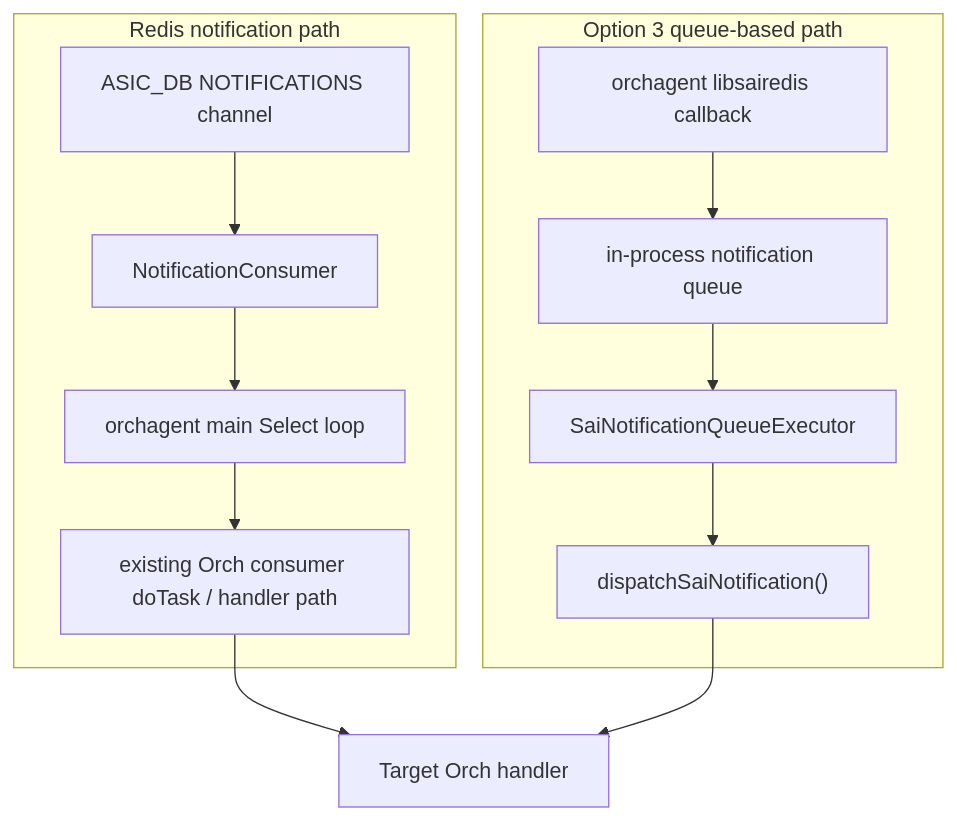
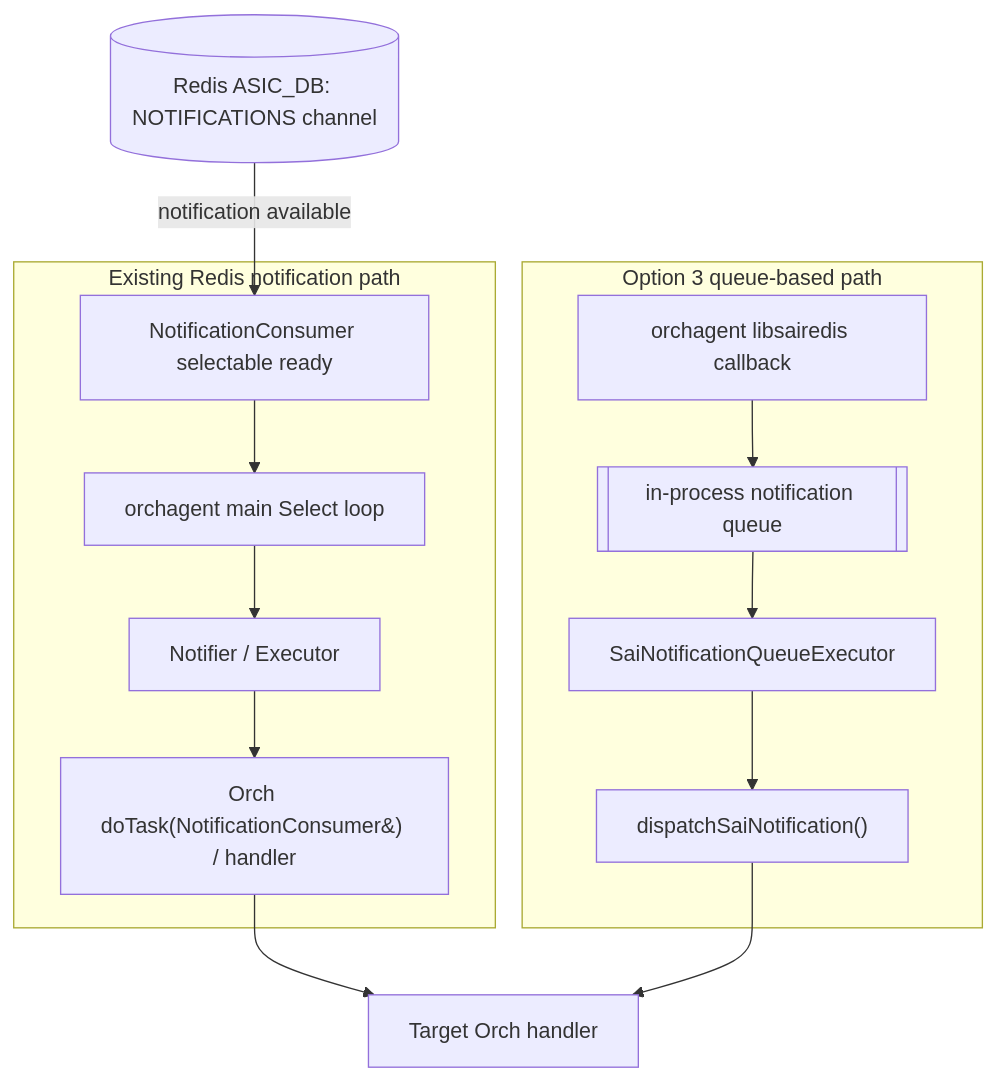
The eighth of 11 diagrams in hld/zmq-southbound-sai-notification-handling.md (sonic-net/sonic-buildimage), drawn with Mermaid before and after one commit. The commit also changed other lines of this file, not shown here.

First line of the commit message:
Update ZMQ southbound SAI notification HLD diagrams

````diff
--- a/hld/zmq-southbound-sai-notification-handling.md
+++ b/hld/zmq-southbound-sai-notification-handling.md
@@ -387,29 +455,32 @@
 ```mermaid
 flowchart TD
-    subgraph redisPath["Redis notification path"]
-        redisNotifications["ASIC_DB NOTIFICATIONS channel"]
-        redisConsumer["NotificationConsumer"]
+    redisNotifications[("Redis ASIC_DB: NOTIFICATIONS channel")]
+
+    subgraph redisPath["Existing Redis notification path"]
+        redisConsumerReady["NotificationConsumer selectable ready"]
         redisMainLoop["orchagent main Select loop"]
-        redisDoTask["existing Orch consumer doTask / handler path"]
+        notifier["Notifier / Executor"]
+        redisDoTask["Orch doTask(NotificationConsumer&) / handler"]
     end
 
     subgraph option3Path["Option 3 queue-based path"]
         libsairedisCallback["orchagent libsairedis callback"]
-        notificationQueue["in-process notification queue"]
+        notificationQueue[["in-process notification queue"]]
         queueExecutor["SaiNotificationQueueExecutor"]
         option3Dispatch["dispatchSaiNotification()"]
     end
 
     targetHandler["Target Orch handler"]
 
-    redisNotifications --> redisConsumer
-    redisConsumer --> redisMainLoop
-    redisMainLoop --> redisDoTask
+    redisNotifications -->|"notification available"| redisConsumerReady
+    redisConsumerReady --> redisMainLoop
+    redisMainLoop --> notifier
+    notifier --> redisDoTask
     redisDoTask --> targetHandler
 
     libsairedisCallback --> notificationQueue
     notificationQueue --> queueExecutor
     queueExecutor --> option3Dispatch
     option3Dispatch --> targetHandler
 
 ```
````
